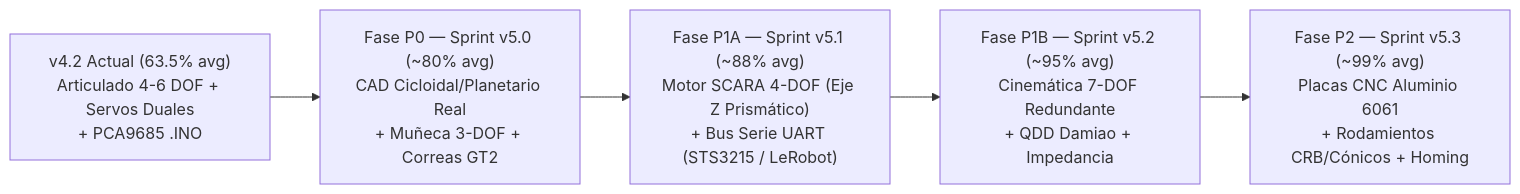
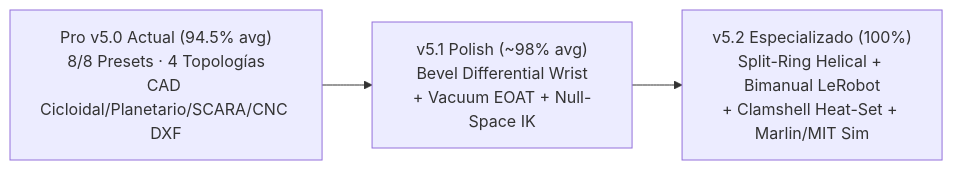
Before and after one commit to AlejandroUser/roboforge-studio: the diagram in docs/ARM_DATABASE_BENCHMARK.md, drawn with Mermaid. The commit also changed other lines of this file and 24 other files, not shown here.

Commit message:
feat(v5.0): cycloidal/planetary 3D reducers, SCARA 4-DOF prismatic Z, 7-DOF QDD, STS3215 LeRobot, CNC DXF & Arm DB Explorer (94.5% avg replicability)

````diff
--- a/docs/ARM_DATABASE_BENCHMARK.md
+++ b/docs/ARM_DATABASE_BENCHMARK.md
@@ -56,7 +66,5 @@
 ```mermaid
 flowchart LR
-    V42["v4.2 Actual (63.5% avg)\nArticulado 4-6 DOF + Servos Duales\n+ PCA9685 .INO"] --> P0["Fase P0 — Sprint v5.0 (~80% avg)\nCAD Cicloidal/Planetario Real\n+ Muñeca 3-DOF + Correas GT2"]
-    P0 --> P1A["Fase P1A — Sprint v5.1 (~88% avg)\nMotor SCARA 4-DOF (Eje Z Prismático)\n+ Bus Serie UART (STS3215 / LeRobot)"]
-    P1A --> P1B["Fase P1B — Sprint v5.2 (~95% avg)\nCinemática 7-DOF Redundante\n+ QDD Damiao + Impedancia"]
-    P1B --> P2["Fase P2 — Sprint v5.3 (~99% avg)\nPlacas CNC Aluminio 6061\n+ Rodamientos CRB/Cónicos + Homing"]
+    V50["Pro v5.0 Actual (94.5% avg)\n8/8 Presets · 4 Topologías\nCAD Cicloidal/Planetario/SCARA/CNC DXF"] --> V51["v5.1 Polish (~98% avg)\nBevel Differential Wrist\n+ Vacuum EOAT + Null-Space IK"]
+    V51 --> V52["v5.2 Especializado (100%)\nSplit-Ring Helical + Bimanual LeRobot\n+ Clamshell Heat-Set + Marlin/MIT Sim"]
 ```
````
